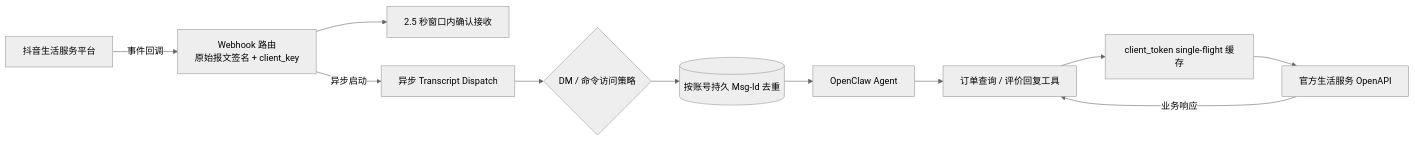
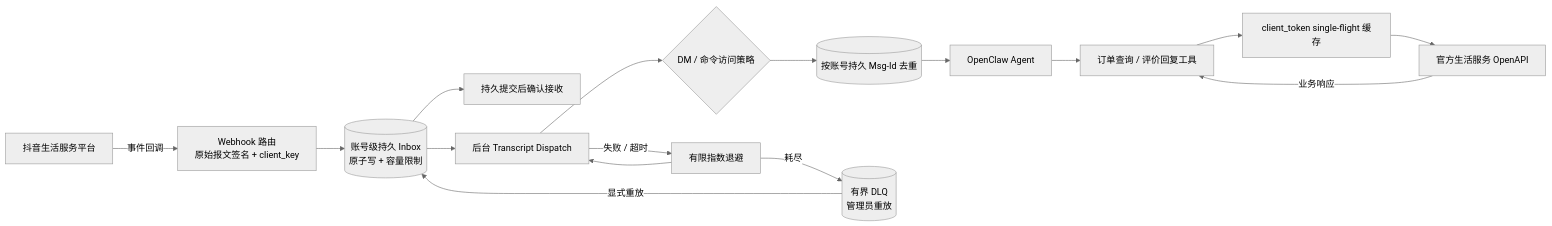
The first of 3 diagrams in extensions/douyin/README.zh-CN.md (partme-ai/openclaw-plugins), drawn with Mermaid (neutral theme) before and after one commit. The commit also changed other lines of this file and 37 other files, not shown here.

````diff
--- a/extensions/douyin/README.zh-CN.md
+++ b/extensions/douyin/README.zh-CN.md
@@ -32,18 +37,22 @@
 ```mermaid
 flowchart LR
     Platform["抖音生活服务平台"]
     Webhook["Webhook 路由<br/>原始报文签名 + client_key"]
-    Dedupe[("按账号持久 Msg-Id 去重")]
-    Ack["2.5 秒窗口内确认接收"]
-    Dispatch["异步 Transcript Dispatch"]
+    Inbox[("账号级持久 Inbox<br/>原子写 + 容量限制")]
+    Ack["持久提交后确认接收"]
+    Dispatch["后台 Transcript Dispatch"]
     Policy{"DM / 命令访问策略"}
     Agent["OpenClaw Agent"]
+    Retry["有限指数退避"]
+    DLQ[("有界 DLQ<br/>管理员重放")]
     Tools["订单查询 / 评价回复工具"]
     Token["client_token single-flight 缓存"]
     Api["官方生活服务 OpenAPI"]
 
-    Platform -->|"事件回调"| Webhook --> Ack
-    Webhook -->|"异步启动"| Dispatch --> Policy --> Dedupe --> Agent
+    Platform -->|"事件回调"| Webhook --> Inbox --> Ack
+    Inbox --> Dispatch --> Policy --> Dedupe[("按账号持久 Msg-Id 去重")] --> Agent
+    Dispatch -->|"失败 / 超时"| Retry --> Dispatch
+    Retry -->|"耗尽"| DLQ -->|"显式重放"| Inbox
     Agent --> Tools --> Token --> Api
     Api -->|"业务响应"| Tools
 ```
````
